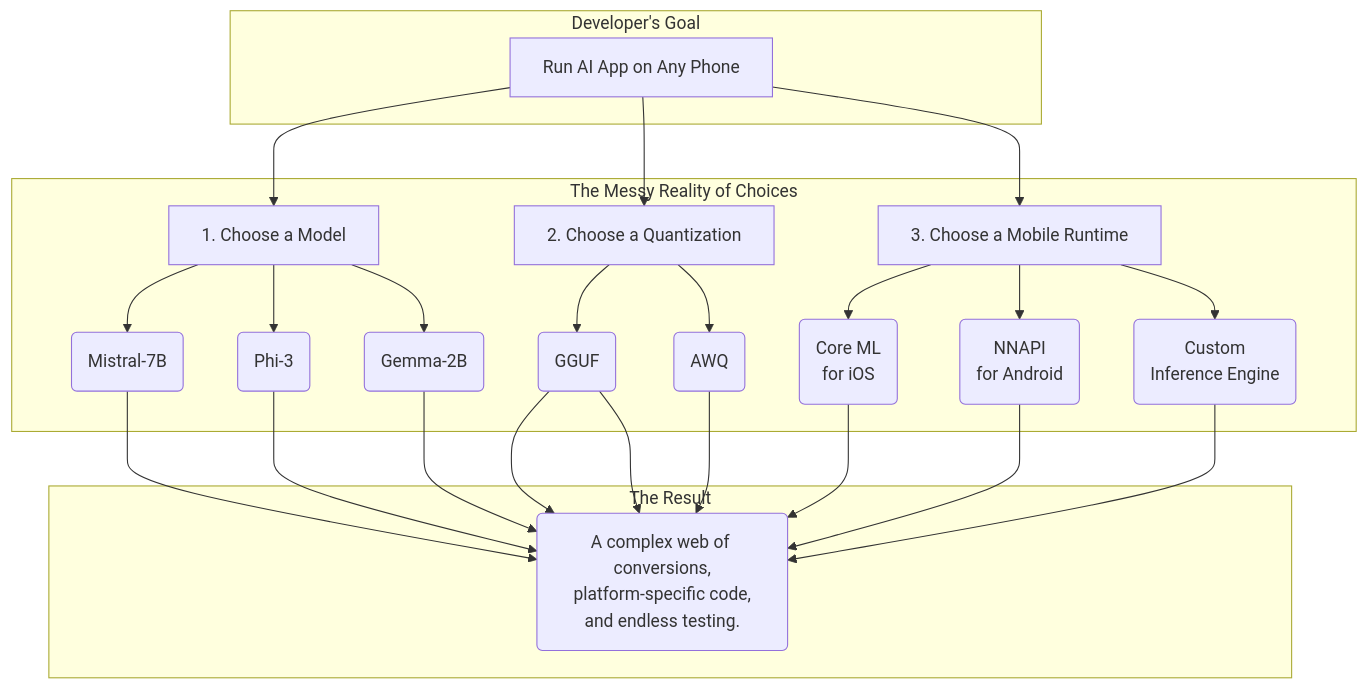
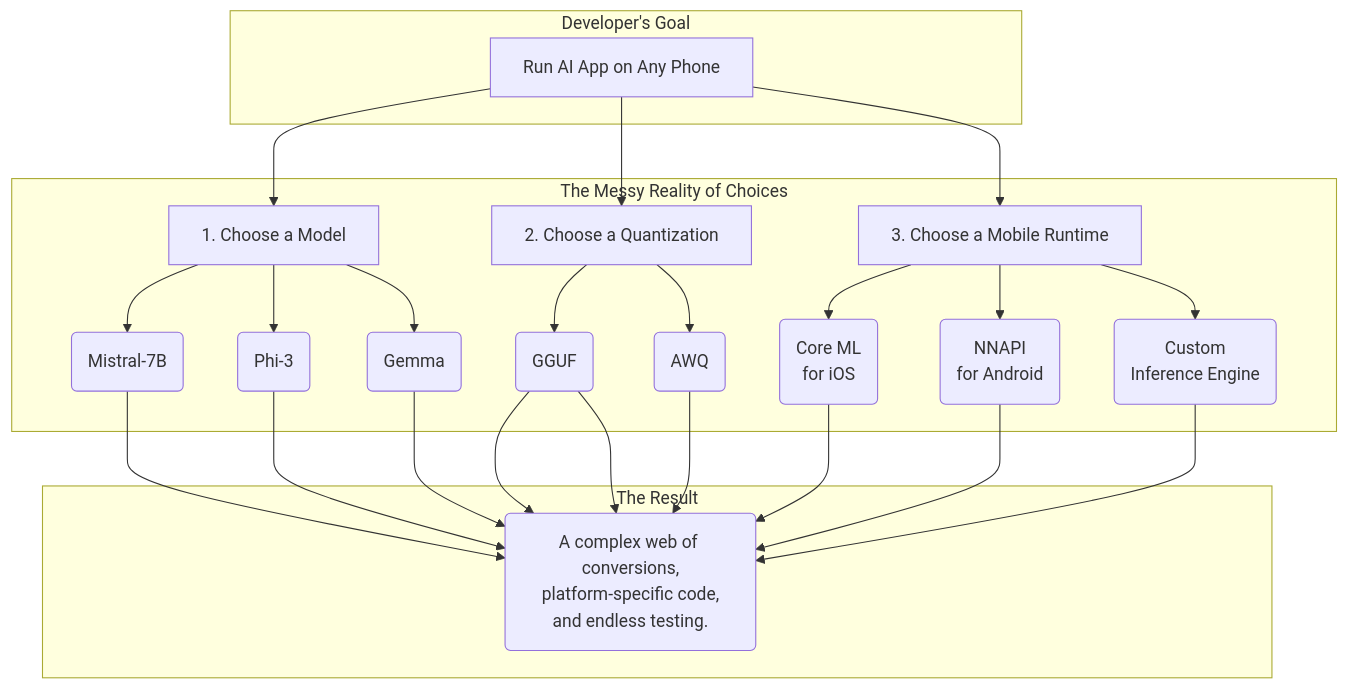
One commit to BastionAI/bastionai.github.io changed the second of 2 diagrams in _posts/2025-07-10-challenges-local-ai-mobile.md. Above: the diagram before and after it, drawn with Mermaid. The commit also changed other lines of this file, not shown here.

```diff
--- a/_posts/2025-07-10-challenges-local-ai-mobile.md
+++ b/_posts/2025-07-10-challenges-local-ai-mobile.md
@@ -55,19 +55,19 @@
 <div class="mermaid">
  graph TD;
     subgraph "Developer's Goal"
         A[Run AI App on Any Phone]
     end
 
     subgraph "The Messy Reality of Choices"
-        B[1. Choose a Model] --> B1(Mistral-7B) & B2(Phi-3) & B3(Gemma-2B)
+        B[1. Choose a Model] --> B1(Mistral-7B) & B2(Phi-3) & B3(Gemma)
         C[2. Choose a Quantization] --> C1(GGUF) & C2(AWQ)
         D[3. Choose a Mobile Runtime] --> D1(Core ML<br>for iOS) & D2(NNAPI<br>for Android) & D3(Custom<br>Inference Engine)
     end
     A --> B & C & D
     subgraph "The Result"
          E(A complex web of conversions,<br>platform-specific code,<br>and endless testing.)
     end
     B1 & C1 & D1 --> E
     B2 & C2 & D2 --> E
     B3 & C1 & D3 --> E
 </div>
```
